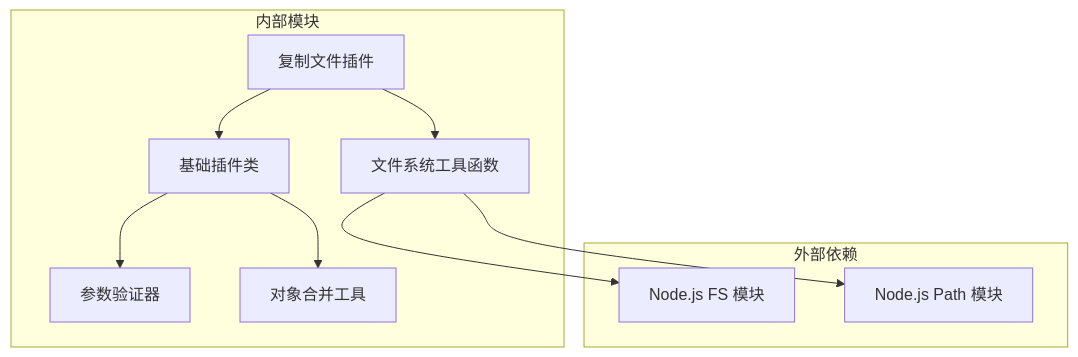
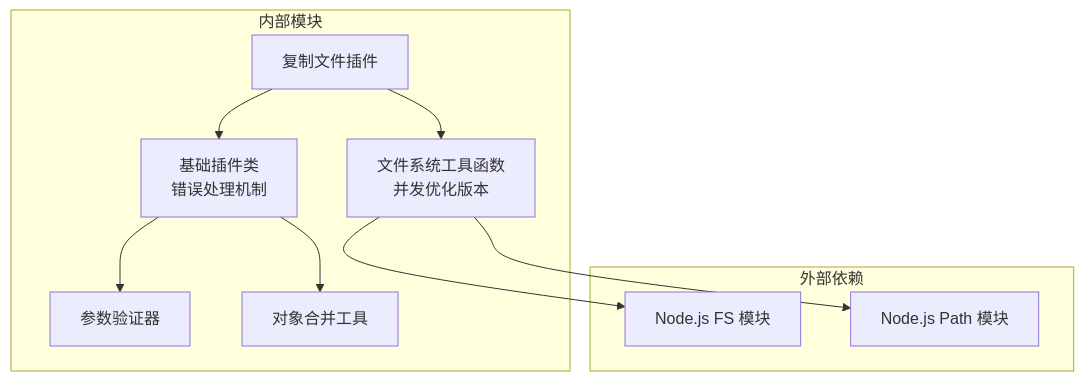
One commit to MengXi-Studio/vite-plugin changed the seventh of 7 diagrams in .qoder/repowiki/zh/content/工具模块/文件系统工具.md. Above: the diagram before and after it, drawn with Mermaid. The commit also changed other lines of this file and 8 other files, not shown here.

````diff
--- a/.qoder/repowiki/zh/content/工具模块/文件系统工具.md
+++ b/.qoder/repowiki/zh/content/工具模块/文件系统工具.md
@@ -291,20 +441,20 @@
 ```mermaid
 graph TB
 subgraph "外部依赖"
 NodeFS["Node.js FS 模块"]
 Path["Node.js Path 模块"]
 end
 subgraph "内部模块"
-FSUtils["文件系统工具函数"]
+FSUtils["文件系统工具函数<br/>并发优化版本"]
 CopyPlugin["复制文件插件"]
-BasePlugin["基础插件类"]
+BasePlugin["基础插件类<br/>错误处理机制"]
 Validator["参数验证器"]
 ObjectMerge["对象合并工具"]
 end
 FSUtils --> NodeFS
 FSUtils --> Path
 CopyPlugin --> FSUtils
 CopyPlugin --> BasePlugin
 BasePlugin --> Validator
 BasePlugin --> ObjectMerge
 ```
````
